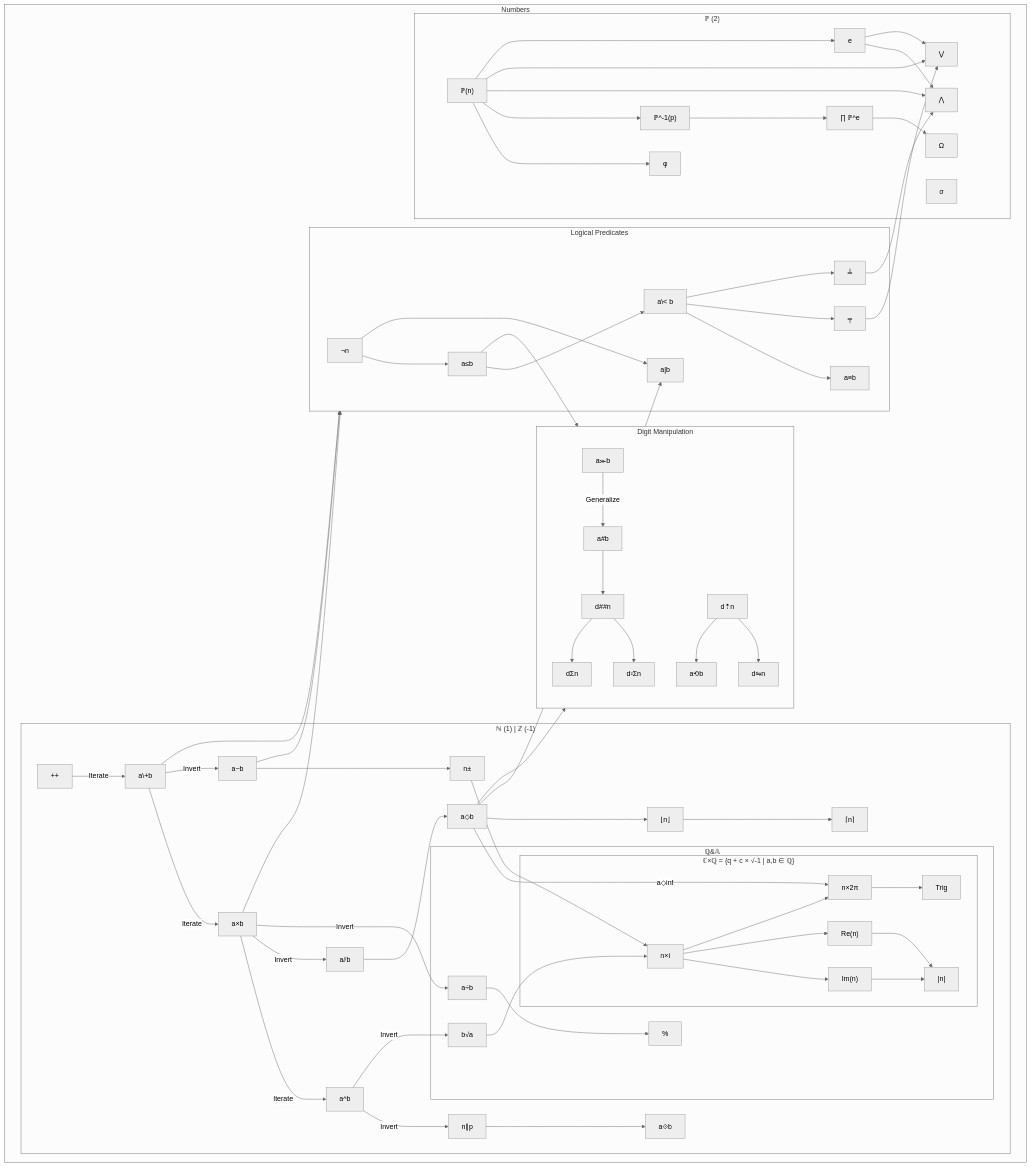
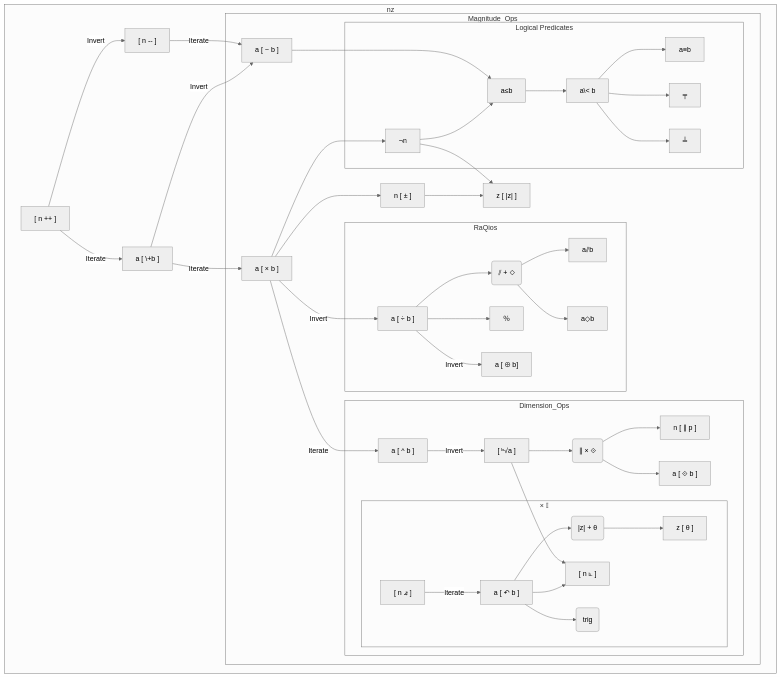
The diagram in docs/design_refs/dependency_map.mmd (Gammapod/AutoCalc), drawn with Mermaid (neutral theme) before and after one commit.

Commit message:
Planning phase

```diff
--- a/docs/design_refs/dependency_map.mmd
+++ b/docs/design_refs/dependency_map.mmd
@@ -1,170 +1,220 @@
 %% Truth 4: Keep
 
+%% Design guidelines:
+%% 1. All operators can be constructed from atomic primitives
+%% 2. Operators can be unary (takes previous operator result) or binary (takes previous operator result and second operand)
+%% 3. User enters initial seed value, operators, and binary operands. A combination operator and second operand are a "operation slot"
+%% 4. Values for seeds and binary operands can be digits 0-9
+%% EXPERIMENTAL:
+%% 5. The user can also enter Domains, which modifies the operation to make it an N-ary operation (examples: Σℕ or Πℙ), which repeat the operation across the domain.
+%% Workflow example:
+%% User enters "5 [ + 6 ]" (would resolve to 11), then presses the "Σℕ" key, which changes the input to "5 [ + Σℕ{1..6} ]" (would resolve to 26)
+%% Second example: 
+%% New unary operator Mfact["n!"]
+%% Expanded form `5 [ ! ]` -> `[ Πℕ{1..5} ]` (would resolve to 120)
+
 flowchart TD
+    subgraph Step_Horizontal_Vertical_Ops ["nz"]
+        Sinc["[ n ++ ]"]
+        %% Primitive
+        %% Expanded form `[ 4 ++ ]` -> `[ 4 ℕ{..3 4◌⃕5..} ]`
+        %% Completes ℕ on its own
 
-subgraph Numbers ["Numbers"]
+        Sdec["[ n -- ]"]
+        %% Expanded form `[ 4 –– ]` -> `[ 4 ℤ{..3◌⃔4 5..} ]`
+        %% Expanded form `[ 4 –– ]` -> `[ 4 ++⮌ ]`
+        %% Completes ℤ with ++
 
-    subgraph Digits ["Digit Manipulation"]
-    %% Currently a dead-end; could lead to more complex cycles
-        Ddig["a⪼b"]
-        %% Primitive, takes last b digits of a (respects base setting)
-        %% Expanded form `[ a◇(10^b) ]`
-        Ddigitn["a#b"]
-        %% Expanded form `[ a⪼b - a⪼(b-1) ÷ 10^(b-1)) ]` <--- "10" changes respecting base
-        Ddigsum["dΣn"]
-        %% Expanded form `[ ..d#3 + d#2 + d#1 ] <--- as many entries as digits in operand (respecting current base)
-        Ddigsq["d²Σn"]
-        %% Expanded form `[ ..(d#2)^2 + (d#1)^2 ] <--- as many entries as digits in operand (respecting current base)
-        Dsort["d⇡n"]
-        Drotate["a⟲b"]
-        Dcount["d##n"]
-        Dmirror["d⇋n"]
+        Sminus["a [ − b ]"]
+        %% Expanded form `[ 4 - 3 ]` -> `[ 4 –– –– –– ]`
+        %% Expanded form `[ 4 - 3 ]` -> `[ 4 +⮌ 3 ]`
 
-        Ddig -->|Generalize| Ddigitn
-        Ddigitn --> Dcount
-        Dcount --> Ddigsum
-        Dcount --> Ddigsq
-        Dsort --> Drotate
-        Dsort --> Dmirror
+        Splus["a [ \+b ]"]
+        %% Expanded form `[ 4 + 3 ]` -> `[ 4 ++ ++ ++ ]`  
+
+        %% Sfloor["⌊n⌋"]
+        %% %% Expanded form `[ ⌊(4/3)⌋ ]` -> `[ (4/3) - ((4/3) ◇ 1) ]`
+        %% Sceil["⌈n⌉"]
+        %% %% %% Expanded form `[ ⌈(4/3)⌉ ]` -> `[ (4/3) + (1 - ((4/3) ◇ 1)) ]`
+
+        %% Mc_tuple("Re(z) + Im(z)")
+        %% %% Primitives
+        %% Mc_tuple --> Mimag["[ Im(z) ]"]
+        %% %% Expanded form `[ Im(z) ]` -> `[ n - a ↶ 12 ] ]`
+        %% %% Returns the imaginary component (`b` from `a + b×i`) from part of n, 0 possible
+        %% Mc_tuple --> Mreal["[ Re(z) ]"]
+        %% %% Returns the non-imaginary component (`a` from `a + b×i`) from part of n, 0 possible
+
+
+        subgraph Magnitude_Ops
+            Mmul["a [ × b ]"]
+            %% Expanded form `[ 4 × 3 ]` -> `[ 4 +4 +4 ]`
+
+            Mneg["n [ ± ]"]
+            %% Expanded form `[ 4 ± ]` -> `[ 4 × -1 ] ]`
+            %% Expanded form `4 [ ± ]` -> `4 [ ↶ 12 ] ]`
+
+            Mmodulus["z [ |z| ]"]
+            %% Expanded form `[ |4| ]` -> `[ √(Re(4)² + Im(4)²) ]
+            %% Expanded form `[ |4| ]` -> `[ ¬(4) × ±(4) ] + [ ¬¬(4) × (4)  ]`
+
+            subgraph RaQios
+
+                Qdiv["a [ ÷ b ]"]
+                %% Expanded form `[ 4 ÷ 3 ]` -> `[ 4 × (⅓) ]`
+                %% Expanded form `[ 4 ÷ 3 ]` -> `[ 4 ×⮌ 3 ]`    
+
+                Qrecip["a [ ⨸ b]"]
+                %% Expanded form `[ 4 ⨸ 3 ]` -> `[ 3 ÷ 4 ]` 
+
+                Qdivtuple("⫽ + ◇")
+                Qdivtuple --> Meudiv["a⫽b"]
+                %% Expanded form `[ 4 ⫽ 3 ]` -> `Σ[ ¬(4 – (3 × ℕ)) ]`
+                Qdivtuple --> Mmod["a◇b"]
+                %% Expanded form `[ 4 ◇ 3 ]` -> `[ 3 – (4 × (4 ⫽ 3)) ]`
+                Qper["％"]
+                %% Expanded form `[ (a÷100) × b ]` <-- should 100 change based on base setting? 
+            end 
+            Mmul -->|Invert| Qdiv
+            Qdiv --> Qdivtuple
+            Qdiv --> Qper
+            Qdiv -->|Invert| Qrecip
+            
+            subgraph Dimension_Ops    
+                Epow["a [ ^ b ]"]
+                %% Expanded form `[ 4 ^ 3 ]` -> `[ 4 ×4 ×4 ]`
+
+                Eradical["[ ᵇ√a ]"]
+                %% Expanded form `[ ³√(4) ]` -> `[ 4 ^ (1/3) ]`
+
+                euradtuple("∥ × ⟐")
+                euradtuple --> Eeurad["n [ ∥ p ]"]
+                %% Expanded form `[ 4 ∥ 3 ]` -> `Σ[ ¬(4 ◇ (3 ^ ℕ)) ]`
+
+                euradtuple --> Eresid["a [ ⟐ b ]"]
+                %% Expanded form `[ 4 ⟐ 3 ]` -> `[ 4 ÷ (3 ^ (4 ∥ 3)) ]`
+
+                subgraph Rotation_Ops ["× 𝕀"]
+                    %% VITAL UX: make it abundantly clear that each rotation "unit" is 1/24 of a circle, or pi/12 radians. The math behind the scenes will be (n × e^(i*2pi*(n/24)))
+                    Rtwentyfourth["[ n ⦨ ]"]
+                    %% Primitive
+                    %% Expanded form `[ 4 ⦨ ]` -> `[ 4 × e^(iπ/12)]`
+                    Rrotate["a [ ↶ b ]"]
+                    %% Expanded form `[ 4 ↶ 3 ]` -> `[ 4 × e^{i×2π×(3/24) ]`
+                    %% Expanded form `[ 4 ↶ 3 ]` -> `[ 4 ⦨ ⦨ ⦨ ]`
+                    Rquarter["[ n ⦜ ]"]
+                    %% Primitive?
+                    %% Expanded form `[ 4 ⦜ ]` -> `[ 4 ↶ 6 ]`
+                    %% Expanded form `[ 4 ⦜ ]` -> `[ 4 × √(-1) ]`
+                    Rc_tuple("|z| + θ")
+                    Rc_tuple --> Rtheta["z [ θ ]"]
+                    %% Expanded form `[ z θ ]` -> `[ ln(z{6+7i}/|{6+7i}|)/√(-1)]`
+                    Rtrig("trig")
+                end
+                
+                Rtwentyfourth -->|Iterate| Rrotate
+                Rrotate --> Rquarter
+                Eradical --> Rquarter["[ n ⦜ ]"]
+                Rrotate --> Rc_tuple("|z| + θ")
+                Rrotate --> Rtrig("trig")
+            end
+            Epow -->|Invert| Eradical["[ ᵇ√a ]"]
+            Mmul -->|Iterate| Epow["a [ ^ b ]"]
+            Eradical --> euradtuple
+
+            subgraph Logic ["Logical Predicates"]
+                Lnot["¬n"]
+                %% Primitive
+                %% Expanded form `[ 0 ≤ n ]
+                Llte["a≤b"]
+                %% Expanded form `[ ¬(a-b) ]
+                Llt["a\< b"]
+                %% Expanded form `[ (a≤b) × ¬(¬(a-b))]
+                Leq["a≡b"]
+                %% Expanded form `[ ¬((a<b) + (b<a)) ]
+                Lmax["╧"]
+                %% Expanded form `[ ((a<b)×b) + ¬((a≤b)×a) ]`
+                Lmin["╤"]  
+                %% Expanded form `[ ((a<b)×a) + ¬((a≤b)×b) ]`
+
+            end
+            Mmul --> Lnot
+            Lnot --> Llte
+            Llte --> Llt
+            Llt --> Leq
+            Llt --> Lmin
+            Llt --> Lmax
+            Sminus --> Llte
+
+        end
+        Mmul --> Mneg
+        Splus -->|Iterate| Mmul["a [ × b ]"]
+        %% Mimag --> Mmodulus
+        %% Mreal --> Mmodulus
+        %% Rrotate -->|Iterate| Mneg["n±"]
+        Mneg --> Mmodulus
+        Lnot --> Mmodulus
     end
+    Sinc -->|Invert| Sdec["[ n -- ]"]
+    Splus -->|Invert| Sminus["a [ − b ]"]
+    Sdec -->|Iterate| Sminus["a [ − b ]"]
+    Sinc -->|Iterate| Splus["a [ \+b ]"]
+    %% Mmod --> Sfloor
+    %% Sfloor --> Sceil
 
-    subgraph Logic ["Logical Predicates"]
-        Lnot["¬n"]
-        %% Primitive
-        Llte["a≤b"]
-        %% Expanded form `[ ¬(a-b) ]
-        Llt["a\< b"]
-        %% Expanded form `[ (a≤b) × ¬(¬(a-b))]
-        Ldiv["a|b"]
-        %% Expanded form `[ ¬(a◇b) ]
-        Leq["a≡b"]
-        %% Expanded form `[ ¬((a<b) + (b<a)) ]
-        Lmax["╧"]
-        %% Expanded form `[ ((a<b)×b) + ¬((a≤b)×a) ]`
-        Lmin["╤"]  
-        %% Expanded form `[ ((a<b)×a) + ¬((a≤b)×b) ]`
+%%     subgraph Digits ["Digit Manipulation"]
+%%     %% Currently a dead-end; could lead to more complex cycles
+%%         Ddig["a⪼b"]
+%%         %% Primitive, takes last b digits of a (respects base setting)
+%%         %% Expanded form `[ a◇(10^b) ]` <-- 10 changes with base
+%%         Ddigitn["a#b"]
+%%         %% Expanded form `[ a⪼b - a⪼(b-1) ÷ 10^(b-1)) ]` <--- 10 changes with base
+%%         Ddigsum["dΣn"]
+%%         %% Expanded form `[ ..d#3 + d#2 + d#1 ] <--- as many entries as digits in operand (respecting current base)
+%%         Ddigsq["d²Σn"]
+%%         %% Expanded form `[ ..(d#2)^2 + (d#1)^2 ] <--- as many entries as digits in operand (respecting current base)
+%%         Dsort["d⇡n"]
+%%         Drotate["a⟲b"]
+%%         Dcount["d##n"]
+%%         Dmirror["d⇋n"]
+%%     end
+%%     Ddig -->|Generalize| Ddigitn
+%%     Ddigitn --> Dcount
+%%     Dcount --> Ddigsum
+%%     Dcount --> Ddigsq
+%%     Dsort --> Drotate
+%%     Dsort --> Dmirror
+%%     Llte --> Digits
+%%     Mmod --> Ddig
 
-        Lnot --> Llte --> Llt
-        Lnot --> Ldiv
-        Llt --> Leq
-        Llt --> Lmin
-        Llt --> Lmax
-    end
-
-    subgraph Arithmetic ["ℕ (1) | ℤ (-1)"]
-        Ainc["++"]
-        %% Primitive
-        Aminus["a−b"]
-        Aplus["a\+b"]
-        Amul["a×b"]
-        Apow["a^b"]
-        Aneg["n±"]
-        Aeudiv["a⫽b"]
-        %% Primitive
-        Apadic["n∥p"]
-        %% Primitive
-        Amod["a◇b"]
-        %% Expanded form `[ a - (b×(a⫽b)) ]`
-        Ares["a⟐b"]
-        %% Expanded form `[ a ÷ b^(a∥b) ]` <--- I am not sure if I am pointing at anything coherent
-        %% Expanded form `[ 10 ÷ 2^(10∥2) ]`
-        %% Expanded form `[ 10 ÷ 2^(1) ]`
-        %% Expanded form `[ 10⟐2 = 5 ]` 
-        %% Expanded form `[ 15⟐2 = 15 ]` 
-        %% Expanded form `[ 15⟐4 = 15 ]` 
-        %% Expanded form `[ 20⟐4 = 5 ]` 
-        Afloor["⌊n⌋"]
-        %% Expanded form `[ a-a◇1 ]`
-        Aceil["⌈n⌉"]
-        %% Expanded form `[ a+(1-(a◇1)) ]`
-
-        Afloor --> Aceil
-        Amod --> Afloor
-
-        Ainc -->|Iterate| Aplus -->|Iterate| Amul -->|Iterate| Apow
-
-        Aplus -->|Invert| Aminus
-        Amul -->|Invert| Aeudiv --> Amod
-        Apow -->|Invert| Apadic --> Ares
-
-        Aminus --> Aneg
-
-        subgraph Reduction ["ℚ&𝔸"]
-
-            Rdiv["a÷b"]
-            %% Expanded form `[ a × (1/b) ]
-            Rper["%"]
-            %% Expanded form `[ (a÷100) × b ]
-            Rradical["b√a"]
-            %% Might need a better operator glyph
-            %% Expanded form `[ a ^ (1/b)]
-
-            Rdiv --> Rper
-
-            subgraph ComplexAlgebra ["ℂ×ℚ = {q + c × √-1 | a,b ∈ ℚ}"]
-                Ciunit["n×i"]
-                %% Primitive
-                %% Expanded form `[ × √-1 ]`
-                Cradian["n×2π"]
-                Cimag["Im(n)"]
-                %% Returns the imaginary component (`b` from `a + b×i`) from part of n, 0 possible
-                Creal["Re(n)"]
-                %% Returns the non-imaginary component (`a` from `a + b×i`) from part of n, 0 possible
-                Cmodulus["|n|"]
-                %% Expanded form `[ √(Im^2 + Re^2) ]`
-
-                Ciunit --> Cimag --> Cmodulus
-                Ciunit --> Creal --> Cmodulus
-                Ciunit --> Cradian --> Trig
-            end
-            Rradical --> Ciunit
-        end
-        Amul -->|Invert| Rdiv
-        Apow -->|Invert| Rradical
-        Aneg --> Ciunit
-        Amod -->|a◇inf| Cradian
-        %% It's conceptual, just go with it for now
-    end
-
-    subgraph Theory ["ℙ (2)"]
-    %% Has a lot of functions designed, but the way the user will interact with these is not planned yet
-
-        Tntop["ℙ(n)"]
-        %% Primitive
-        %% Returns nth prime. ℙ(3) = 5
-        Tpton["ℙ^-1(p)"]
-        %% Returns index of prime p. ℙ^-1(5) = 3
-        Texponent["e"]
-        Tprime_expansion["∏ ℙ^e"]
-        Tomega["Ω"]
-        %% Expanded form `[ Σe_p ]`
-        Ttotient["φ"]
-        %% Expanded form `[ n × ∏(1-p^-1) ]`
-        Tdivisor_sum["σ"]
-        %% Expanded form `[ Σ( (d|n) × d) ]`
-        Tgcd["⋀"]
-        %% Expanded form `[ ∏p^(e_a ╤ e_b) ]`
-        Tlcm["⋁"]
-        %% Expanded form `[ ∏p^(e_a ╧ e_b) ]`
-
-        Tntop --> Ttotient
-
-        Tntop --> Tpton
-        Tprime_expansion --> Tomega
-        Tpton --> Tprime_expansion
-        Texponent --> Tgcd
-        Tntop --> Tgcd
-
-        Tntop --> Tlcm
-        Texponent --> Tlcm
-        Tntop --> Texponent
-    end
-Lmin --> Tlcm
-Lmax --> Tgcd
-Amod --> Ldiv
-Llte --> Digits
-Amod --> Digits
-Aminus --> Logic
-Amul --> Logic
-Aplus --> Logic
-end
+%% subgraph P_Theory ["Returns ℙ (2)"]
+%% %% Still conceptual - has a lot of functions designed, but the way the user will interact with these is not planned yet
+%%     Pntop["ℙ(n)"]
+%%     %% Primitive
+%%     %% Returns nth prime. ℙ(3) = 5
+%%     Ppton["ℙ^-1(p)"]
+%%     %% Returns index of prime p. ℙ^-1(5) = 3
+%%     Pexponent["e"]
+%%     Pprime_expansion["∏ ℙ^e"]
+%%     Pomega["Ω"]
+%%     %% Expanded form `[ Σe_p ]`
+%%     Ptotient["φ"]
+%%     %% Expanded form `[ n × ∏(1-p^-1) ]`
+%%     Pdivisor_sum["σ"]
+%%     %% Expanded form `[ Σ( (d|n) × d) ]`
+%%     Pgcd["⋀"]
+%%     %% Expanded form `[ ∏p^(e_a ╤ e_b) ]`
+%%     Plcm["⋁"]
+%%     %% Expanded form `[ ∏p^(e_a ╧ e_b) ]`    
+%% end
+%% Pntop --> Ptotient
+%% Pntop --> Ppton
+%% Pprime_expansion --> Pomega
+%% Ppton --> Pprime_expansion
+%% Pntop --> Pgcd
+%% Pexponent --> Pgcd
+%% Pexponent --> Plcm
+%% Pntop --> Plcm
+%% Pntop --> Pexponent
+%% Lmin --> Plcm
+%% Lmax --> Pgcd
```
